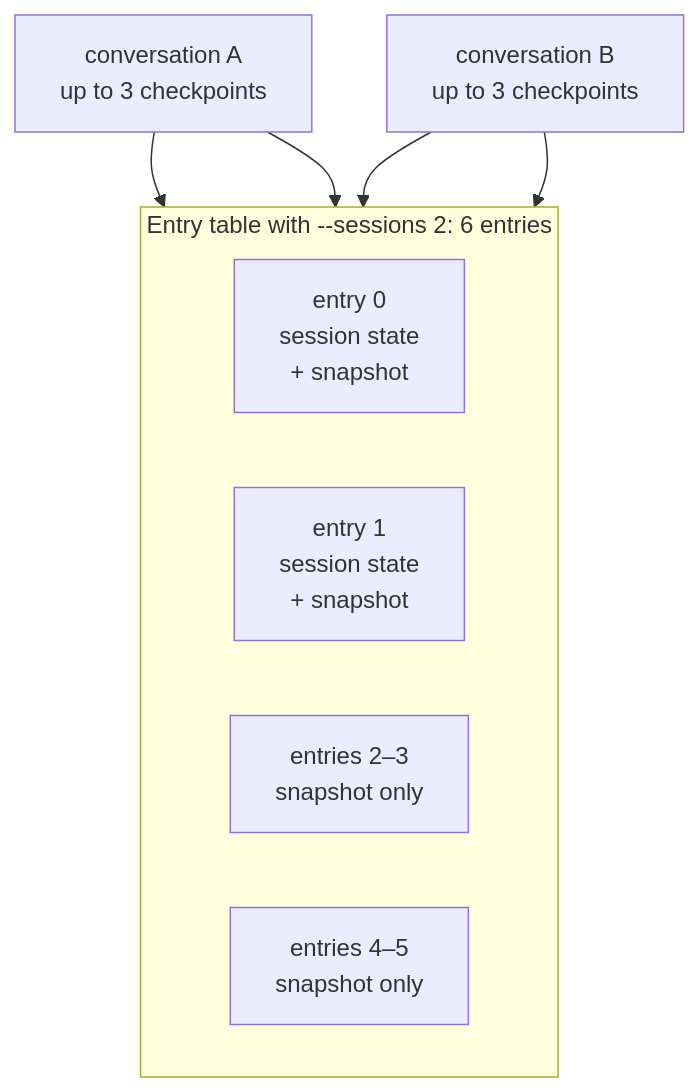
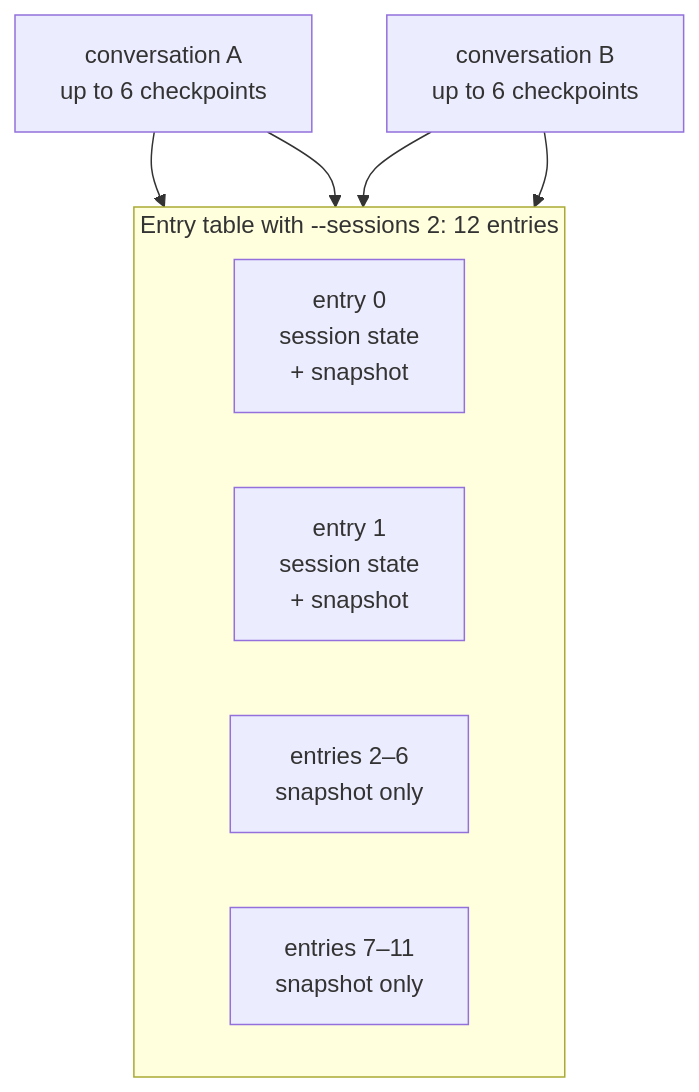
The third of 3 diagrams in docs/KV-CACHE.md (jerrydong1988/gufo-adapted), drawn with Mermaid before and after one commit. The commit also changed other lines of this file and 9 other files, not shown here.

````diff
--- a/docs/KV-CACHE.md
+++ b/docs/KV-CACHE.md
@@ -133,14 +144,14 @@
 ```mermaid
 flowchart TB
-  subgraph T["Entry table with --sessions 2: 6 entries"]
+  subgraph T["Entry table with --sessions 2: 12 entries"]
     direction LR
     S0["entry 0<br/>session state<br/>+ snapshot"]
     S1["entry 1<br/>session state<br/>+ snapshot"]
-    X2["entries 2–3<br/>snapshot only"]
-    X3["entries 4–5<br/>snapshot only"]
+    X2["entries 2–6<br/>snapshot only"]
+    X3["entries 7–11<br/>snapshot only"]
   end
-  C1["conversation A<br/>up to 3 checkpoints"] --> S0
+  C1["conversation A<br/>up to 6 checkpoints"] --> S0
   C1 --> X2
-  C2["conversation B<br/>up to 3 checkpoints"] --> S1
+  C2["conversation B<br/>up to 6 checkpoints"] --> S1
   C2 --> X3
 ```
````
